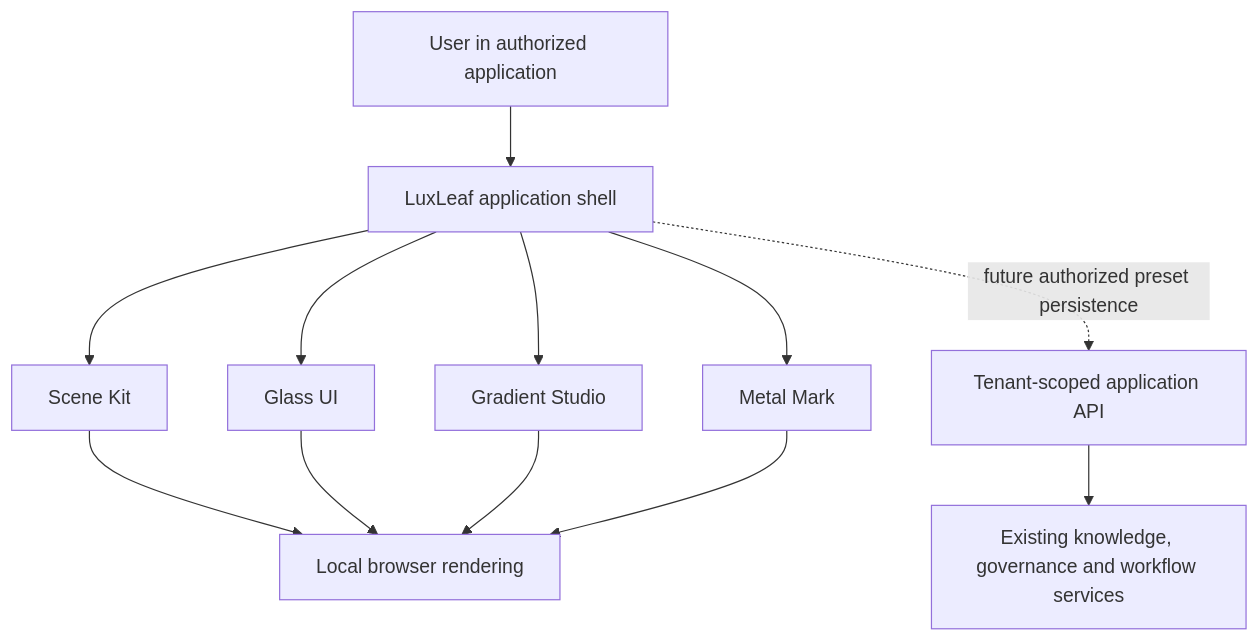
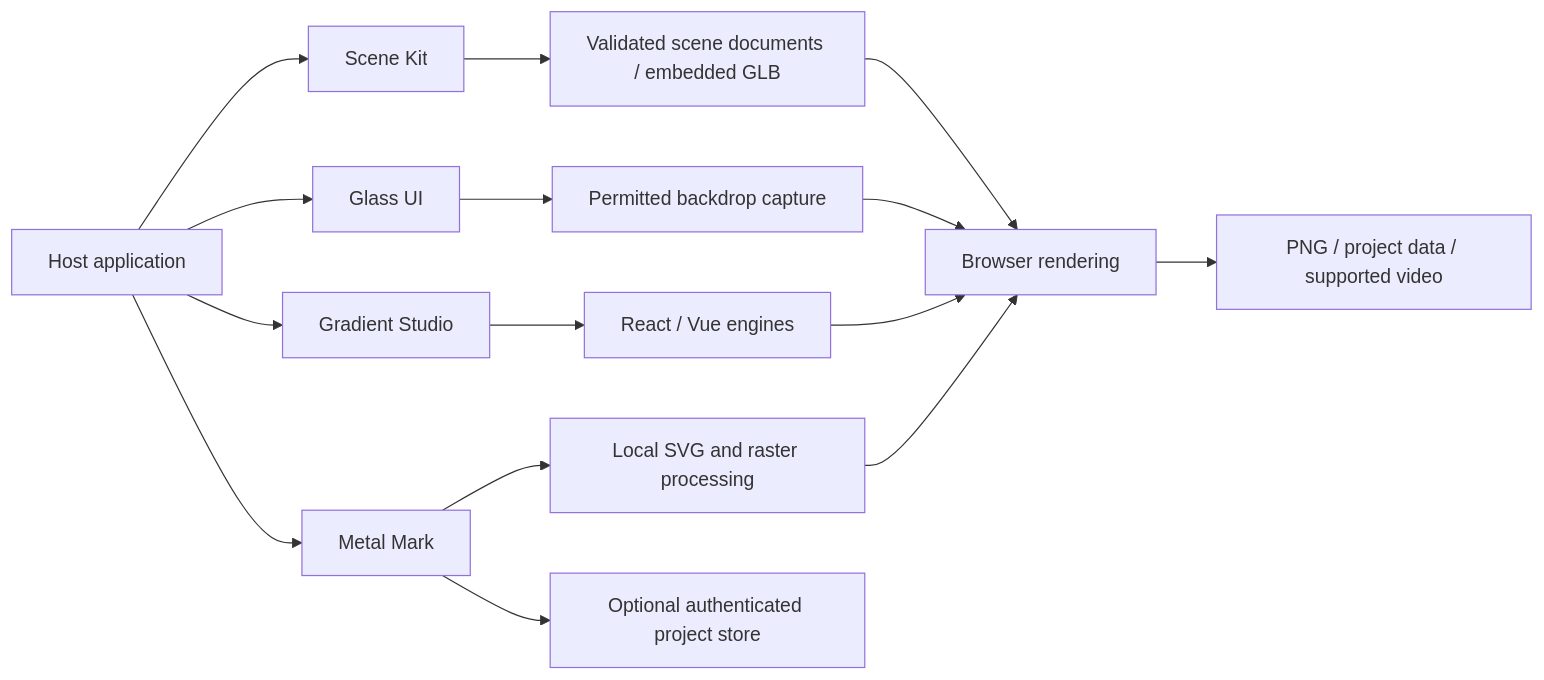
One commit to Zontafor/luxleaf-ai-showcase changed the diagram in docs/VISUAL_PRODUCTS.md. Above: the diagram before and after it, drawn with Mermaid. The commit also changed other lines of this file and 6 other files, not shown here.

````diff
--- a/docs/VISUAL_PRODUCTS.md
+++ b/docs/VISUAL_PRODUCTS.md
@@ -40,14 +44,17 @@
 ```mermaid
-flowchart TB
-    Person[User in authorized application] --> Host[LuxLeaf application shell]
-    Host --> Scene[Scene Kit]
-    Host --> Glass[Glass UI]
-    Host --> Gradient[Gradient Studio]
-    Host --> Metal[Metal Mark]
-    Scene --> Browser[Local browser rendering]
-    Glass --> Browser
-    Gradient --> Browser
-    Metal --> Browser
-    Host -. future authorized preset persistence .-> API[Tenant-scoped application API]
-    API --> System[Existing knowledge, governance and workflow services]
+flowchart LR
+  Host[Host application] --> Scene[Scene Kit]
+  Host --> Glass[Glass UI]
+  Host --> Gradient[Gradient Studio]
+  Host --> Metal[Metal Mark]
+  Scene --> Models[Validated scene documents / embedded GLB]
+  Glass --> Capture[Permitted backdrop capture]
+  Gradient --> Engines[React / Vue engines]
+  Metal --> Mask[Local SVG and raster processing]
+  Models --> GPU[Browser rendering]
+  Capture --> GPU
+  Engines --> GPU
+  Mask --> GPU
+  GPU --> Export[PNG / project data / supported video]
+  Metal --> Store[Optional authenticated project store]
 ```
````
